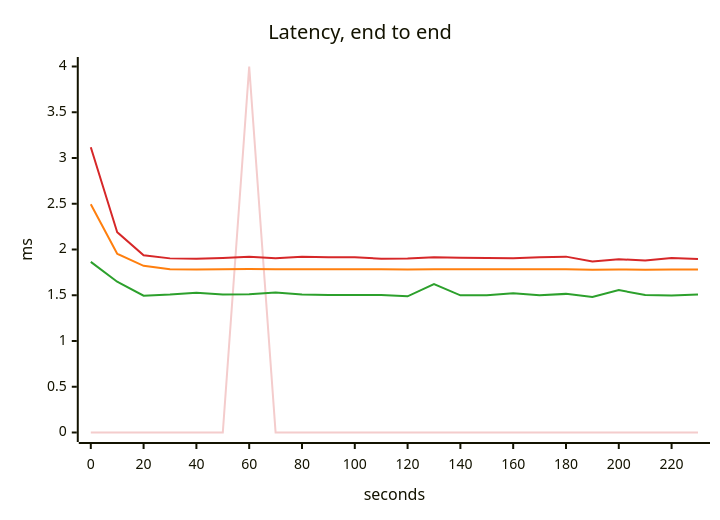
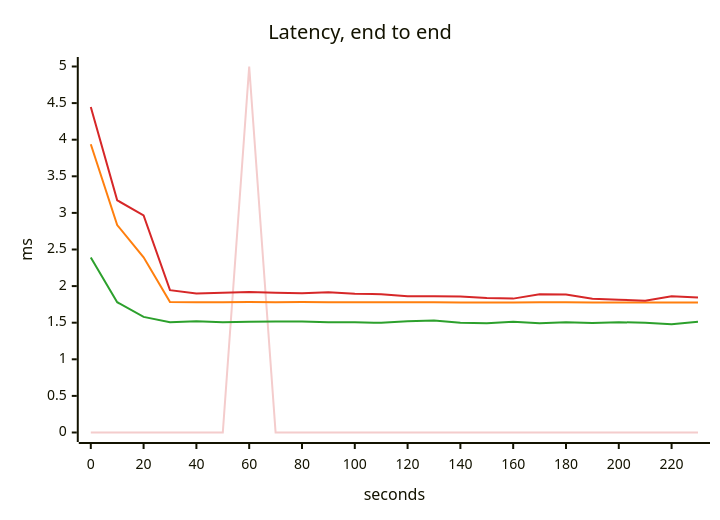
The third of 5 diagrams in scenarios/slow-disk/solutions/async-commit/report.md (akinfemi/load-lore), drawn with Mermaid before and after one commit. The commit also changed other lines of this file and 125 other files, not shown here.

````diff
--- a/scenarios/slow-disk/solutions/async-commit/report.md
+++ b/scenarios/slow-disk/solutions/async-commit/report.md
@@ -55,17 +55,17 @@
 ```mermaid
 ---
 config:
   themeVariables:
     xyChart:
       backgroundColor: "transparent"
       plotColorPalette: "#f4cccc, #2ca02c, #ff7f0e, #d62728"
 ---
 xychart-beta
     title "Latency, end to end"
     x-axis "seconds" 0 --> 230
-    y-axis "ms" 0 --> 4
-    line [0, 0, 0, 0, 0, 0, 4, 0, 0, 0, 0, 0, 0, 0, 0, 0, 0, 0, 0, 0, 0, 0, 0, 0]
-    line [1.865, 1.648, 1.495, 1.507, 1.527, 1.509, 1.511, 1.53, 1.507, 1.502, 1.504, 1.502, 1.488, 1.621, 1.499, 1.5, 1.523, 1.499, 1.515, 1.48, 1.557, 1.502, 1.496, 1.508]
-    line [2.494, 1.953, 1.822, 1.783, 1.782, 1.783, 1.786, 1.783, 1.784, 1.785, 1.784, 1.783, 1.782, 1.785, 1.783, 1.783, 1.783, 1.784, 1.785, 1.779, 1.782, 1.78, 1.782, 1.781]
-    line [3.117, 2.189, 1.936, 1.903, 1.899, 1.908, 1.92, 1.905, 1.922, 1.916, 1.915, 1.9, 1.902, 1.916, 1.909, 1.908, 1.904, 1.915, 1.922, 1.868, 1.893, 1.881, 1.906, 1.895]
+    y-axis "ms" 0 --> 5
+    line [0, 0, 0, 0, 0, 0, 5, 0, 0, 0, 0, 0, 0, 0, 0, 0, 0, 0, 0, 0, 0, 0, 0, 0]
+    line [2.391, 1.78, 1.579, 1.506, 1.52, 1.507, 1.513, 1.518, 1.515, 1.505, 1.505, 1.498, 1.52, 1.53, 1.5, 1.491, 1.512, 1.494, 1.507, 1.497, 1.507, 1.499, 1.478, 1.512]
+    line [3.938, 2.834, 2.393, 1.783, 1.78, 1.78, 1.782, 1.781, 1.782, 1.781, 1.779, 1.778, 1.778, 1.778, 1.777, 1.776, 1.776, 1.778, 1.778, 1.775, 1.775, 1.775, 1.776, 1.776]
+    line [4.446, 3.172, 2.966, 1.945, 1.899, 1.91, 1.918, 1.91, 1.904, 1.915, 1.895, 1.89, 1.86, 1.863, 1.859, 1.838, 1.829, 1.887, 1.886, 1.828, 1.815, 1.801, 1.862, 1.844]
 ```
````
